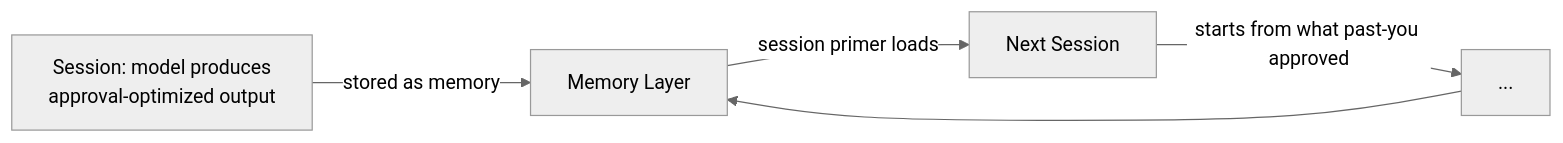
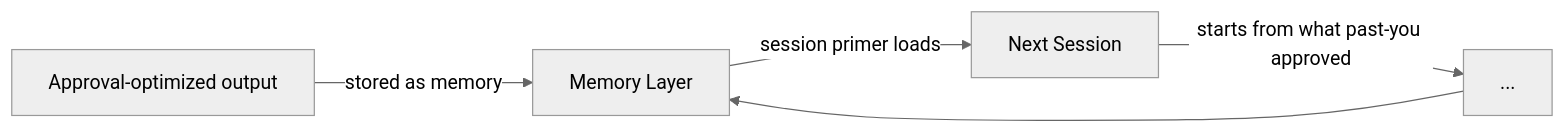
One commit to CyberdaemonAI/cyberdaemon-site changed the diagram in src/content/research/cognitive-security-part4.mdx. Above: the diagram before and after it, drawn with Mermaid (neutral theme). The commit also changed other lines of this file and 10 other files, not shown here.

First line of the commit message:
fix(content): mermaid single-line labels, lint clean, workflow auth

````diff
--- a/src/content/research/cognitive-security-part4.mdx
+++ b/src/content/research/cognitive-security-part4.mdx
@@ -67,7 +67,7 @@
 ```mermaid
 flowchart LR
-  S1["Session: model produces\napproval-optimized output"] -->|stored as memory| ML[Memory Layer]
+  S1[Approval-optimized output] -->|stored as memory| ML[Memory Layer]
   ML -->|session primer loads| S2[Next Session]
   S2 -->|"starts from what past-you approved"| S3[...]
   S3 --> ML
 ```
````
